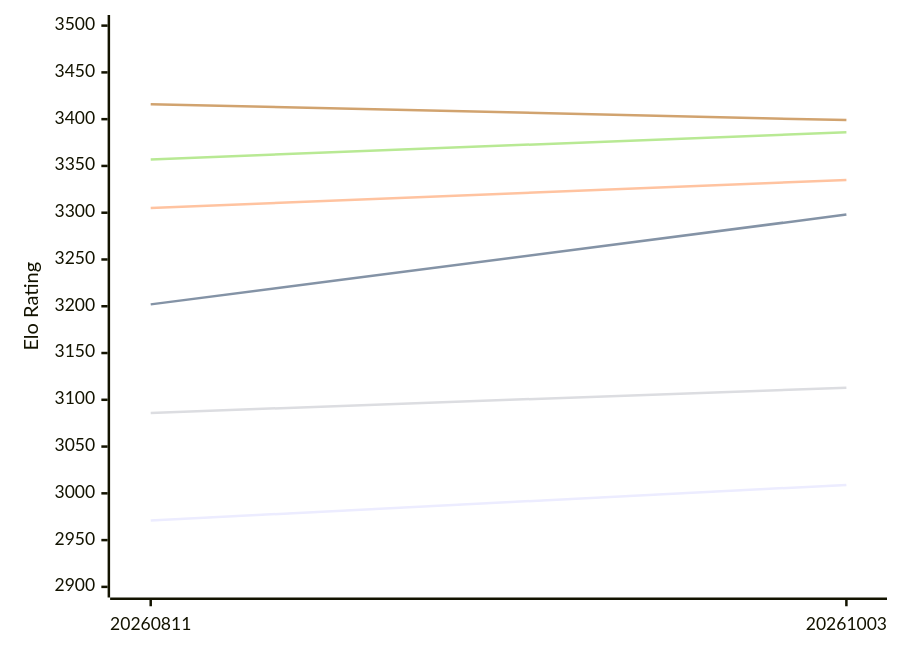
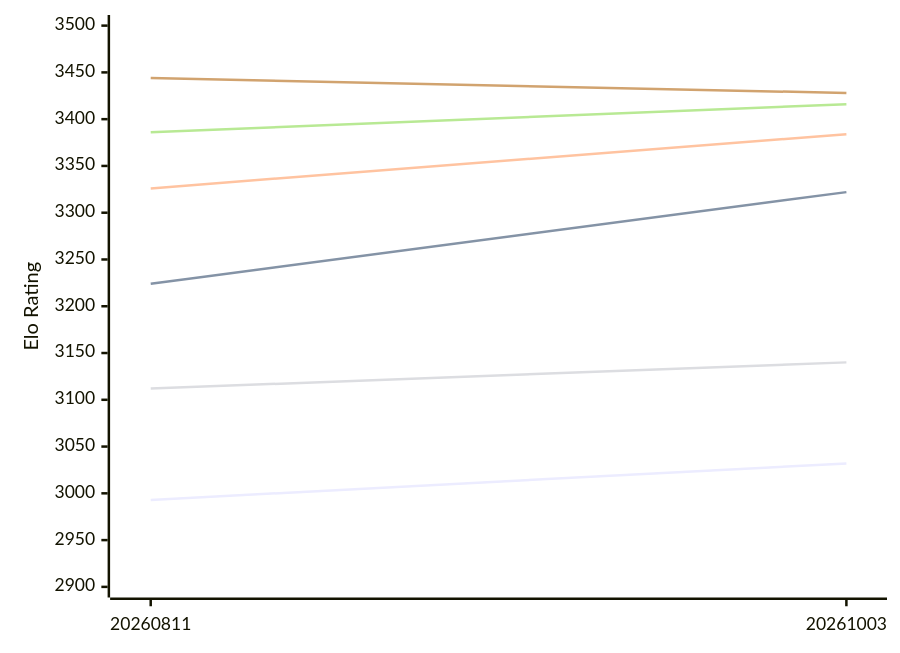
One commit to computer-chess-index/cci changed the first of 2 diagrams in engines/Askaig.md. Above: the diagram before and after it, drawn with Mermaid. The commit also changed other lines of this file, not shown here.

Commit message:
Update CCI Ratings (ELO VLTC) - 2026-10-20

````diff
--- a/engines/Askaig.md
+++ b/engines/Askaig.md
@@ -52,12 +52,12 @@
 ```mermaid
 %%{init: {"theme":"base","themeVariables":{"seriesColors:['#a3a3a3','#222221','#faa371']}}}%%
 xychart-beta
   x-axis ["20260811", "20261003"]
   y-axis "Elo Rating" 2900 --> 3500
-  line "E1: STC (8.0+0.08s)" [2971, 3009]
-  line "E1: LTC (60.0+0.60s)" [3202, 3298]
-  line "E1: VLTC (2m24s+1.12s)" [3305, 3335]
-  line "P1: STC (8.0+0.08s)" [3086, 3113]
-  line "P1: LTC (60.0+0.60s)" [3357, 3386]
-  line "P1: VLTC (2m24s+1.12s)" [3416, 3399]
+  line "E1: STC (8.0+0.08s)" [2993, 3032]
+  line "E1: LTC (60.0+0.60s)" [3224, 3322]
+  line "E1: VLTC (2m24s+1.12s)" [3326, 3384]
+  line "P1: STC (8.0+0.08s)" [3112, 3140]
+  line "P1: LTC (60.0+0.60s)" [3386, 3416]
+  line "P1: VLTC (2m24s+1.12s)" [3444, 3428]
 ```
````
